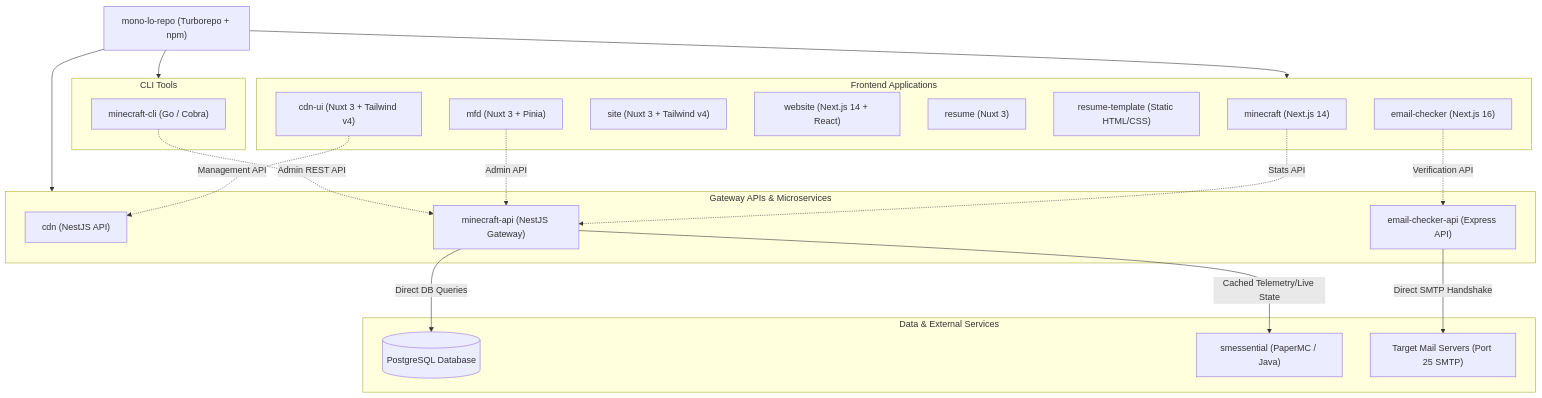
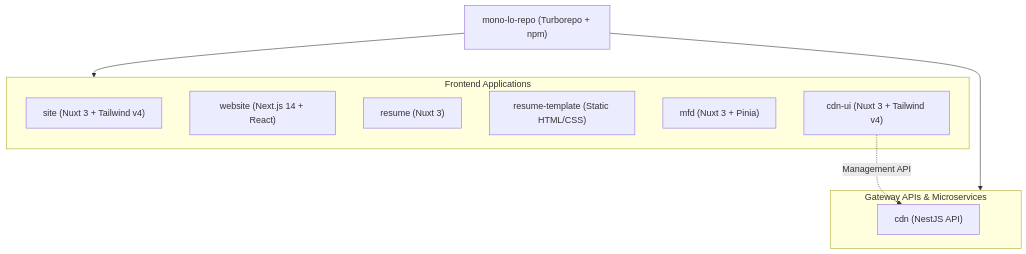
One commit to smonolo/mono-lo-repo changed the diagram in README.md. Above: the diagram before and after it, drawn with Mermaid. The commit also changed other lines of this file and 221 other files, not shown here.

````diff
--- a/README.md
+++ b/README.md
@@ -47,43 +33,21 @@
 ```mermaid
 graph TD
     Root["mono-lo-repo (Turborepo + npm)"]
 
     subgraph Frontends["Frontend Applications"]
-        MINECRAFT["minecraft (Next.js 14)"]
-        EMAIL_CHECKER["email-checker (Next.js 16)"]
         SITE["site (Nuxt 3 + Tailwind v4)"]
         WEBSITE["website (Next.js 14 + React)"]
         RESUME["resume (Nuxt 3)"]
         RESUME_TEMP["resume-template (Static HTML/CSS)"]
         MFD["mfd (Nuxt 3 + Pinia)"]
         CDN_UI["cdn-ui (Nuxt 3 + Tailwind v4)"]
     end
 
     subgraph Gateways["Gateway APIs & Microservices"]
         CDN["cdn (NestJS API)"]
-        MC_API["minecraft-api (NestJS Gateway)"]
-        EMAIL_API["email-checker-api (Express API)"]
-    end
-
-    subgraph CLI["CLI Tools"]
-        MC_CLI["minecraft-cli (Go / Cobra)"]
-    end
-
-    subgraph StorageAndServices["Data & External Services"]
-        PG[("PostgreSQL Database")]
-        SMESSENTIAL["smessential (PaperMC / Java)"]
-        MX["Target Mail Servers (Port 25 SMTP)"]
     end
 
     Root --> Frontends
     Root --> Gateways
-    Root --> CLI
-    MINECRAFT -. Stats API .-> MC_API
-    MFD -. Admin API .-> MC_API
     CDN_UI -. Management API .-> CDN
-    EMAIL_CHECKER -. Verification API .-> EMAIL_API
-    MC_CLI -. Admin REST API .-> MC_API
-    MC_API -->|Direct DB Queries| PG
-    MC_API -->|Cached Telemetry/Live State| SMESSENTIAL
-    EMAIL_API -->|Direct SMTP Handshake| MX
 ```
````
